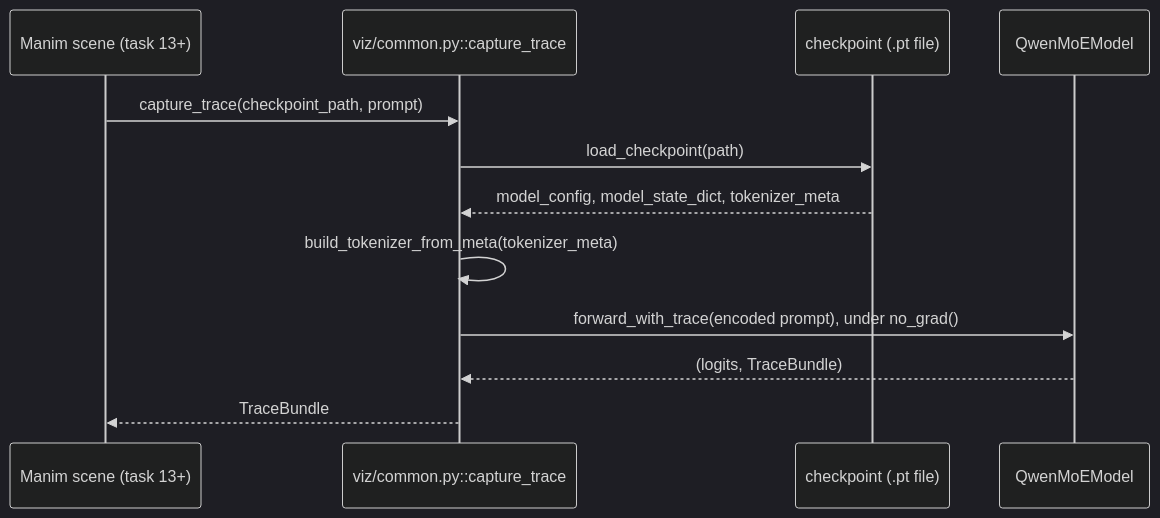
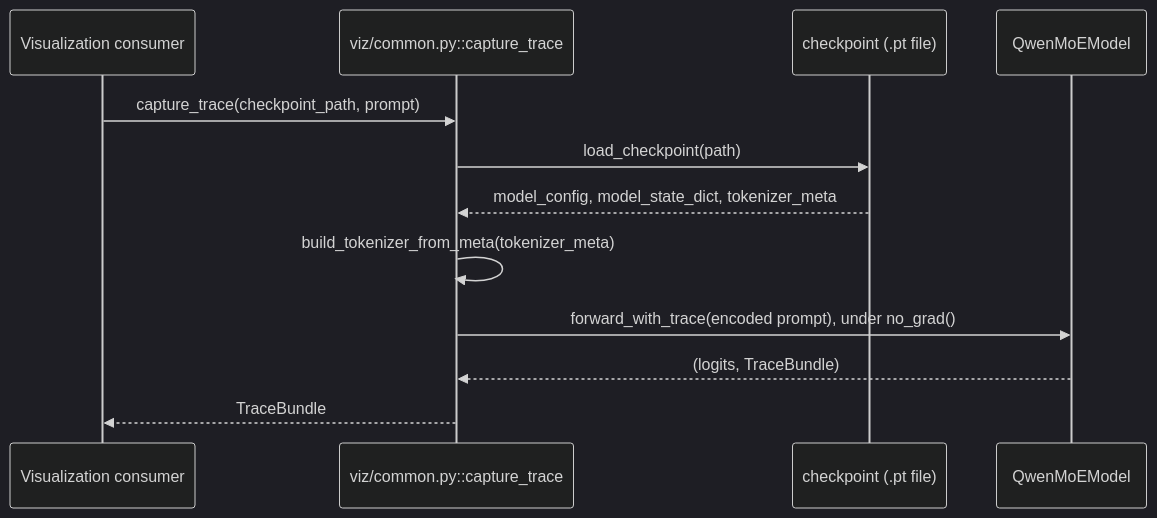
One commit to Sheiphan/training-my-moe changed the second of 2 diagrams in journey_of_a_model/012-visualization-foundation.md. Above: the diagram before and after it, drawn with Mermaid (dark theme). The commit also changed other lines of this file and 66 other files, not shown here.

````diff
--- a/journey_of_a_model/012-visualization-foundation.md
+++ b/journey_of_a_model/012-visualization-foundation.md
@@ -198,15 +200,15 @@
 ```mermaid
 sequenceDiagram
-    participant Scene as Manim scene (task 13+)
+    participant Scene as Visualization consumer
     participant Common as viz/common.py::capture_trace
     participant Ckpt as checkpoint (.pt file)
     participant Model as QwenMoEModel
 
     Scene->>Common: capture_trace(checkpoint_path, prompt)
     Common->>Ckpt: load_checkpoint(path)
     Ckpt-->>Common: model_config, model_state_dict, tokenizer_meta
     Common->>Common: build_tokenizer_from_meta(tokenizer_meta)
     Common->>Model: forward_with_trace(encoded prompt), under no_grad()
     Model-->>Common: (logits, TraceBundle)
     Common-->>Scene: TraceBundle
 ```
````
